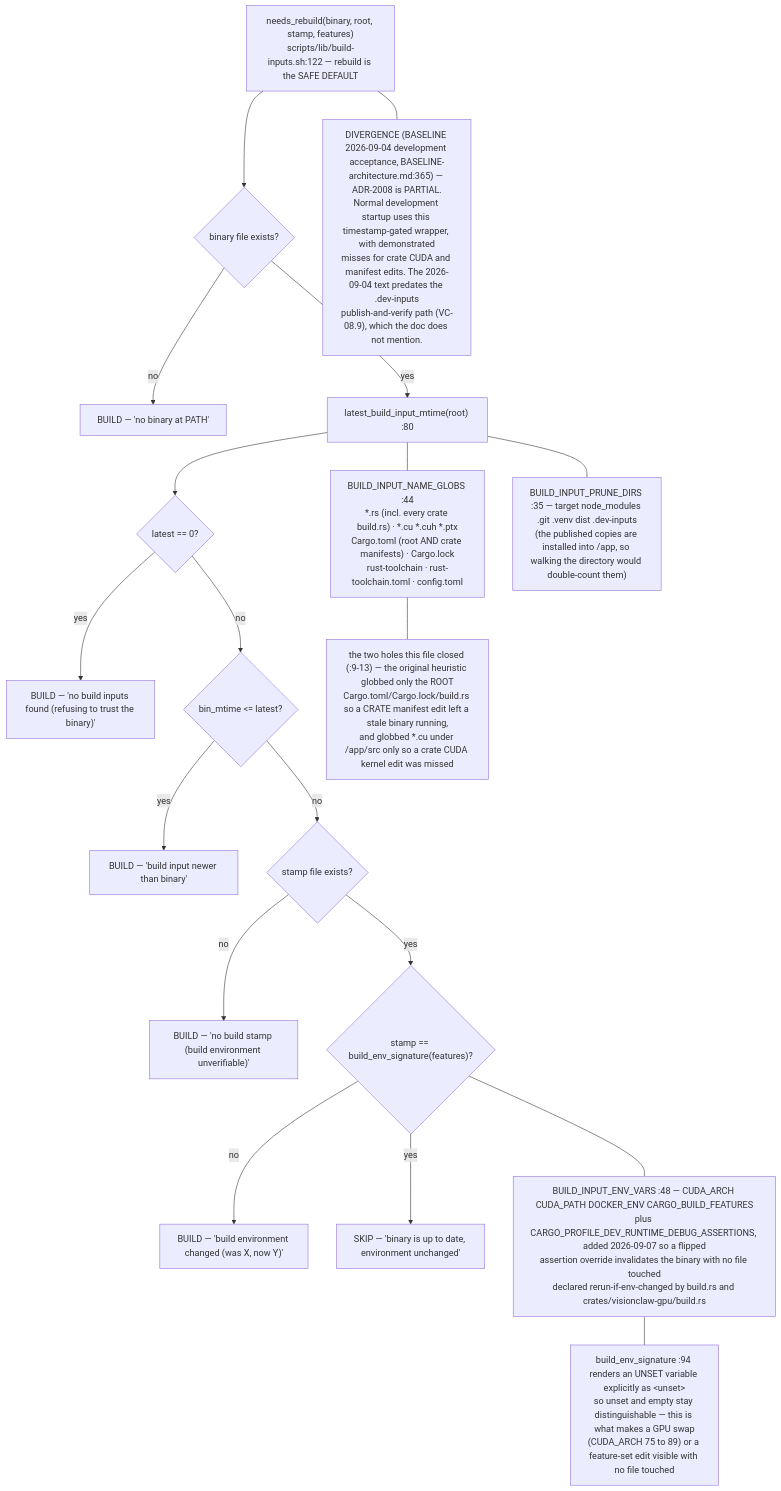
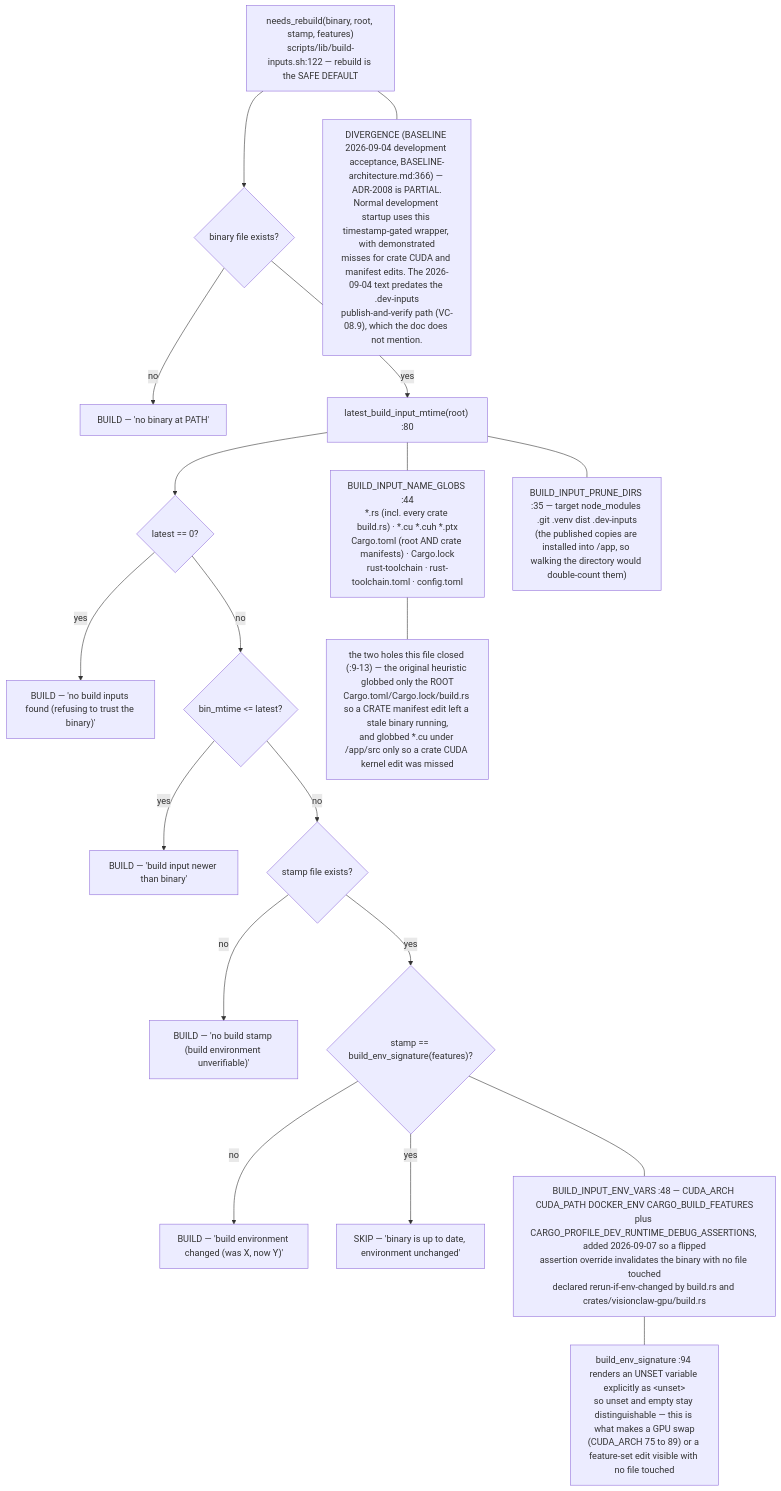
The seventh of 9 diagrams in docs/diagrams/visionclaw/08-observability-health-and-dev-loop.md (DreamLab-AI/VisionFlow), drawn with Mermaid before and after one commit. The commit also changed other lines of this file and 142 other files, not shown here.

First line of the commit message:
docs(diagrams): one System One route; re-verify 140 topics at today's heads

````diff
--- a/docs/diagrams/visionclaw/08-observability-health-and-dev-loop.md
+++ b/docs/diagrams/visionclaw/08-observability-health-and-dev-loop.md
@@ -254,28 +254,28 @@
 ```mermaid
 flowchart TB
     NR["needs_rebuild(binary, root, stamp, features)<br/>scripts/lib/build-inputs.sh:122 — rebuild is the SAFE DEFAULT"]
     NR --> C1{"binary file exists?"}
     C1 -->|no| B1["BUILD — 'no binary at PATH'"]
     C1 -->|yes| C2["latest_build_input_mtime(root) :80"]
     C2 --> C3{"latest == 0?"}
     C3 -->|yes| B2["BUILD — 'no build inputs found (refusing to trust the binary)'"]
     C3 -->|no| C4{"bin_mtime <= latest?"}
     C4 -->|yes| B3["BUILD — 'build input newer than binary'"]
     C4 -->|no| C5{"stamp file exists?"}
     C5 -->|no| B4["BUILD — 'no build stamp (build environment unverifiable)'"]
     C5 -->|yes| C6{"stamp == build_env_signature(features)?"}
     C6 -->|no| B5["BUILD — 'build environment changed (was X, now Y)'"]
     C6 -->|yes| SK["SKIP — 'binary is up to date, environment unchanged'"]
     GLOB["BUILD_INPUT_NAME_GLOBS :44<br/>*.rs (incl. every crate build.rs) · *.cu *.cuh *.ptx<br/>Cargo.toml (root AND crate manifests) · Cargo.lock<br/>rust-toolchain · rust-toolchain.toml · config.toml"]
     PRUNE["BUILD_INPUT_PRUNE_DIRS :35 — target node_modules .git .venv dist .dev-inputs<br/>(the published copies are installed into /app, so walking the directory would double-count them)"]
     ENVV["BUILD_INPUT_ENV_VARS :48 — CUDA_ARCH CUDA_PATH DOCKER_ENV CARGO_BUILD_FEATURES<br/>plus CARGO_PROFILE_DEV_RUNTIME_DEBUG_ASSERTIONS, added 2026-09-07 so a flipped<br/>assertion override invalidates the binary with no file touched<br/>declared rerun-if-env-changed by build.rs and crates/visionclaw-gpu/build.rs"]
     C2 --- GLOB
     C2 --- PRUNE
     C6 --- ENVV
     SIG["build_env_signature :94 renders an UNSET variable explicitly as &lt;unset&gt;<br/>so unset and empty stay distinguishable — this is what makes a GPU swap<br/>(CUDA_ARCH 75 to 89) or a feature-set edit visible with no file touched"]
     ENVV --- SIG
     HOLES["the two holes this file closed (:9-13) — the original heuristic globbed only the ROOT<br/>Cargo.toml/Cargo.lock/build.rs so a CRATE manifest edit left a stale binary running,<br/>and globbed *.cu under /app/src only so a crate CUDA kernel edit was missed"]
     GLOB --- HOLES
-    DIV["DIVERGENCE (BASELINE 2026-09-04 development acceptance, BASELINE-architecture.md:365) — ADR-2008 is PARTIAL.<br/>Normal development startup uses this timestamp-gated wrapper, with demonstrated<br/>misses for crate CUDA and manifest edits. The 2026-09-04 text predates the .dev-inputs<br/>publish-and-verify path (VC-08.9), which the doc does not mention."]
+    DIV["DIVERGENCE (BASELINE 2026-09-04 development acceptance, BASELINE-architecture.md:366) — ADR-2008 is PARTIAL.<br/>Normal development startup uses this timestamp-gated wrapper, with demonstrated<br/>misses for crate CUDA and manifest edits. The 2026-09-04 text predates the .dev-inputs<br/>publish-and-verify path (VC-08.9), which the doc does not mention."]
     NR --- DIV
 ```
````
